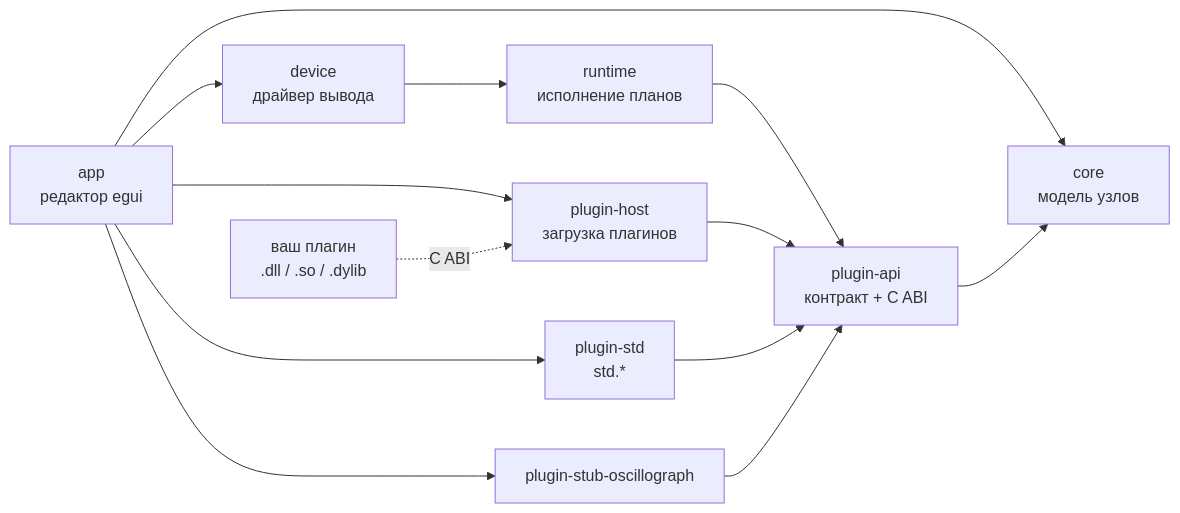
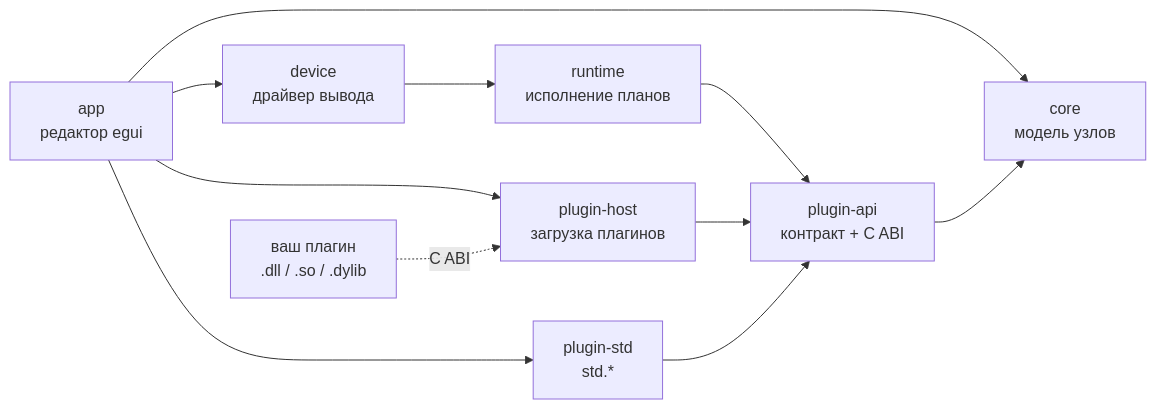
One commit to VanoSpalevoy/v-signal-nodes changed the diagram in README.ru.md. Above: the diagram before and after it, drawn with Mermaid. The commit also changed other lines of this file and 39 other files, not shown here.

````diff
--- a/README.ru.md
+++ b/README.ru.md
@@ -108,15 +120,13 @@
 ```mermaid
 flowchart LR
     app["app<br/>редактор egui"] --> host["plugin-host<br/>загрузка плагинов"]
     app --> core["core<br/>модель узлов"]
     app --> device["device<br/>драйвер вывода"]
     device --> runtime["runtime<br/>исполнение планов"]
     runtime --> api
     host --> api["plugin-api<br/>контракт + C ABI"]
     api --> core
     std["plugin-std<br/>std.*"] --> api
-    stub["plugin-stub-oscillograph"] --> api
     app --> std
-    app --> stub
     dylib["ваш плагин<br/>.dll / .so / .dylib"] -. C ABI .-> host
 ```
````
